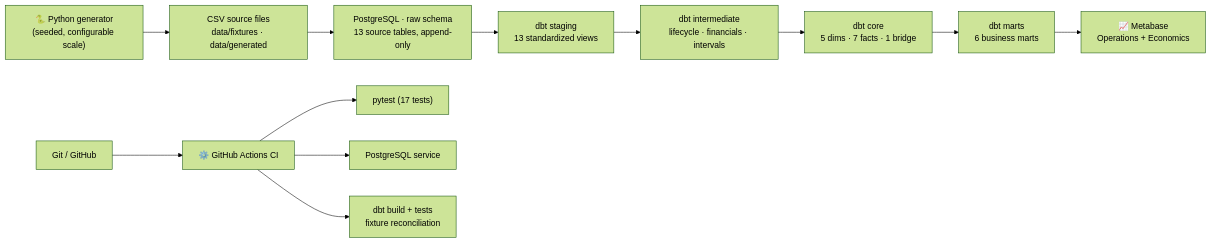
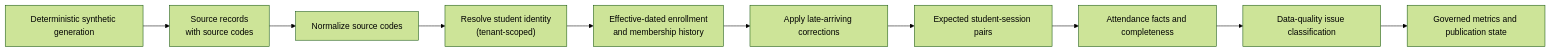
The second of 3 diagrams in README.md (Nachiketh-AE/marketplace-fulfillment-warehouse), drawn with Mermaid (forest theme) before and after one commit. The commit also changed other lines of this file, not shown here.

````diff
--- a/README.md
+++ b/README.md
@@ -36,14 +101,12 @@
 ```mermaid
 flowchart LR
-    G["🐍 Python generator<br/>(seeded, configurable scale)"] --> C["CSV source files<br/>data/fixtures · data/generated"]
-    C --> R["PostgreSQL · raw schema<br/>13 source tables, append-only"]
-    R --> S["dbt staging<br/>13 standardized views"]
-    S --> I["dbt intermediate<br/>lifecycle · financials · intervals"]
-    I --> K["dbt core<br/>5 dims · 7 facts · 1 bridge"]
-    K --> M["dbt marts<br/>6 business marts"]
-    M --> B["📈 Metabase<br/>Operations + Economics"]
-    T["Git / GitHub"] --> A["⚙️ GitHub Actions CI"]
-    A --> P["pytest (17 tests)"]
-    A --> D["PostgreSQL service"]
-    A --> W["dbt build + tests<br/>fixture reconciliation"]
+    A["Deterministic synthetic generation"] --> B["Source records<br/>with source codes"]
+    B --> C["Normalize source codes"]
+    C --> D["Resolve student identity<br/>(tenant-scoped)"]
+    D --> E["Effective-dated enrollment<br/>and membership history"]
+    E --> F["Apply late-arriving corrections"]
+    F --> G["Expected student-session pairs"]
+    G --> H["Attendance facts and completeness"]
+    H --> I["Data-quality issue classification"]
+    I --> J["Governed metrics and publication state"]
 ```
````
